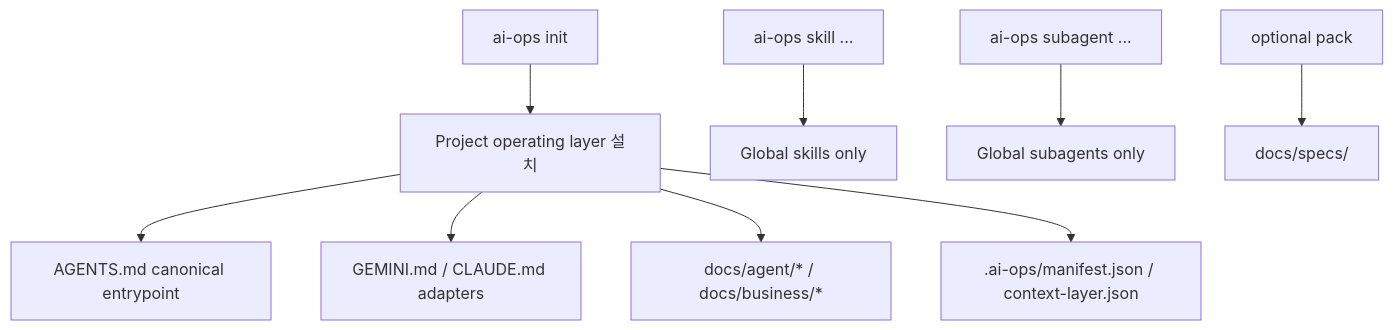
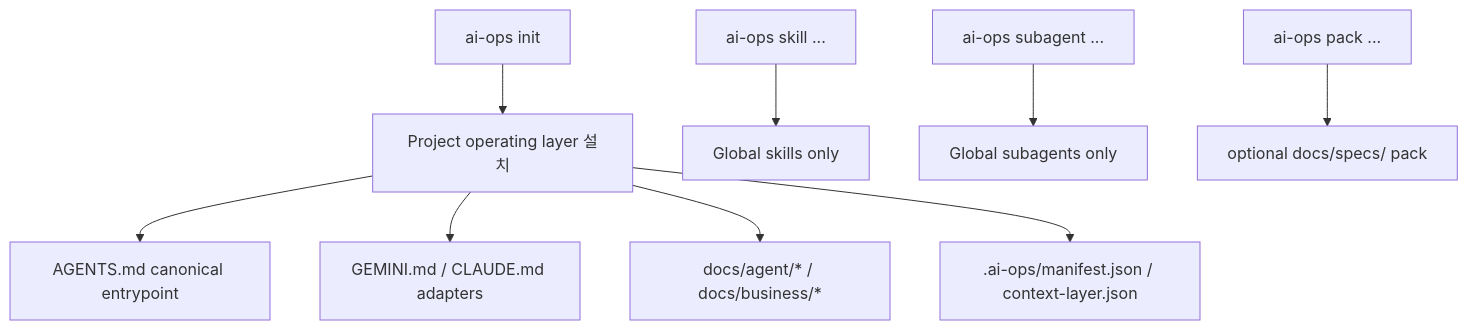
The diagram in apps/cli/README.ko.md (MincheolC/ai-ops-cli), drawn with Mermaid before and after one commit. The commit also changed other lines of this file and 52 other files, not shown here.

````diff
--- a/apps/cli/README.ko.md
+++ b/apps/cli/README.ko.md
@@ -9,12 +9,12 @@
 ```mermaid
 flowchart TD
   init["ai-ops init"] --> layer["Project operating layer 설치"]
   layer --> entry["AGENTS.md canonical entrypoint"]
   layer --> adapters["GEMINI.md / CLAUDE.md adapters"]
   layer --> docs["docs/agent/* / docs/business/*"]
   layer --> state[".ai-ops/manifest.json / context-layer.json"]
 
   skill["ai-ops skill ..."] --> globalSkills["Global skills only"]
   subagent["ai-ops subagent ..."] --> globalSubagents["Global subagents only"]
-  specs["optional pack"] --> docsSpecs["docs/specs/"]
+  pack["ai-ops pack ..."] --> docsSpecs["optional docs/specs/ pack"]
 ```
````
